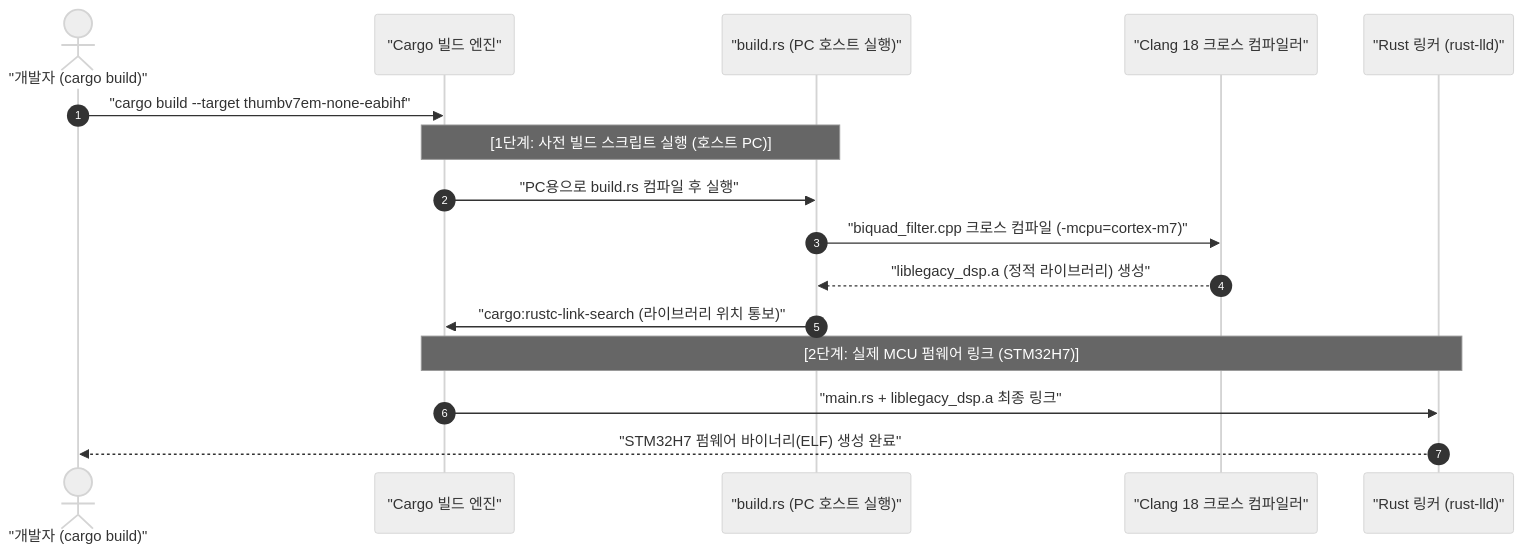
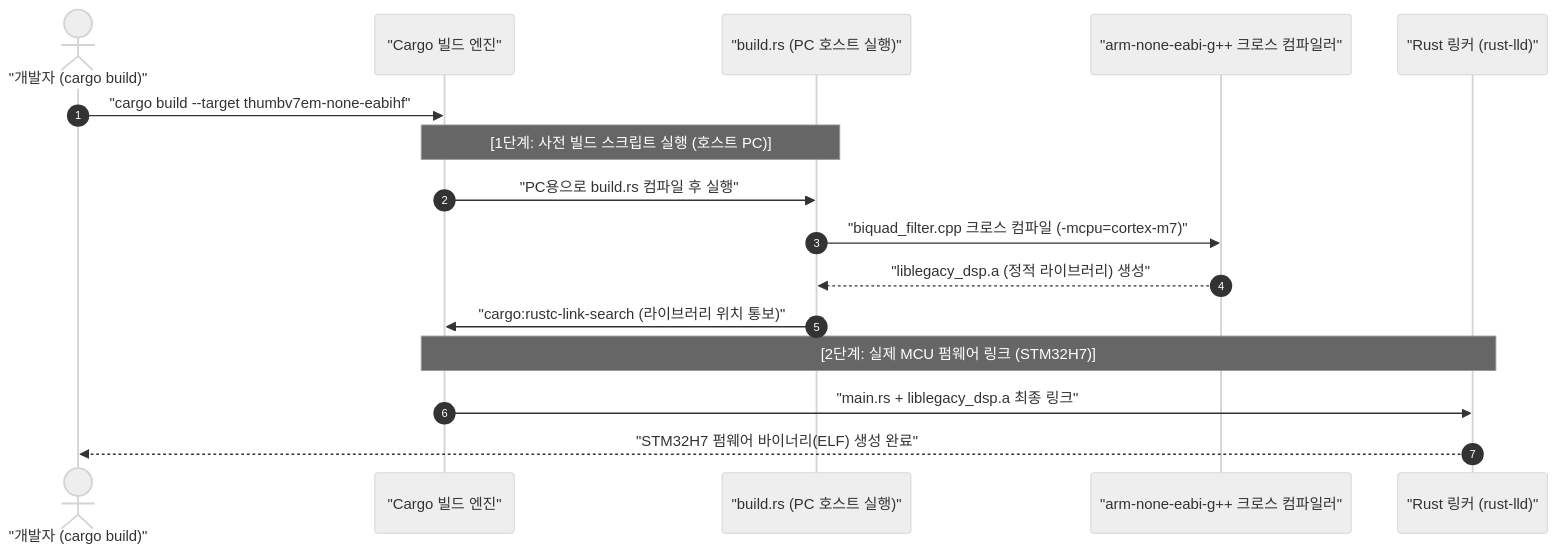
Before and after one commit to voidrobot/nucleo_h743zi2_rust: the second of 2 diagrams in examples/05_mixed_cpp_legacy/README.md, drawn with Mermaid (neutral theme). The commit also changed other lines of this file and 2 other files, not shown here.

Commit message:
refactor(examples/05): switch cross compiler from clang to arm-none-eabi-g++

````diff
--- a/examples/05_mixed_cpp_legacy/README.md
+++ b/examples/05_mixed_cpp_legacy/README.md
@@ -114,20 +114,20 @@
 ```mermaid
 sequenceDiagram
     autonumber
     actor Dev as "개발자 (cargo build)"
     participant Cargo as "Cargo 빌드 엔진"
     participant BuildRs as "build.rs (PC 호스트 실행)"
-    participant Clang as "Clang 18 크로스 컴파일러"
+    participant Gxx as "arm-none-eabi-g++ 크로스 컴파일러"
     participant Rustc as "Rust 링커 (rust-lld)"
 
     Dev->>Cargo: "cargo build --target thumbv7em-none-eabihf"
     Note over Cargo,BuildRs: [1단계: 사전 빌드 스크립트 실행 (호스트 PC)]
     Cargo->>BuildRs: "PC용으로 build.rs 컴파일 후 실행"
-    BuildRs->>Clang: "biquad_filter.cpp 크로스 컴파일 (-mcpu=cortex-m7)"
-    Clang-->>BuildRs: "liblegacy_dsp.a (정적 라이브러리) 생성"
+    BuildRs->>Gxx: "biquad_filter.cpp 크로스 컴파일 (-mcpu=cortex-m7)"
+    Gxx-->>BuildRs: "liblegacy_dsp.a (정적 라이브러리) 생성"
     BuildRs->>Cargo: "cargo:rustc-link-search (라이브러리 위치 통보)"
     
     Note over Cargo,Rustc: [2단계: 실제 MCU 펌웨어 링크 (STM32H7)]
     Cargo->>Rustc: "main.rs + liblegacy_dsp.a 최종 링크"
     Rustc-->>Dev: "STM32H7 펌웨어 바이너리(ELF) 생성 완료"
 ```
````
